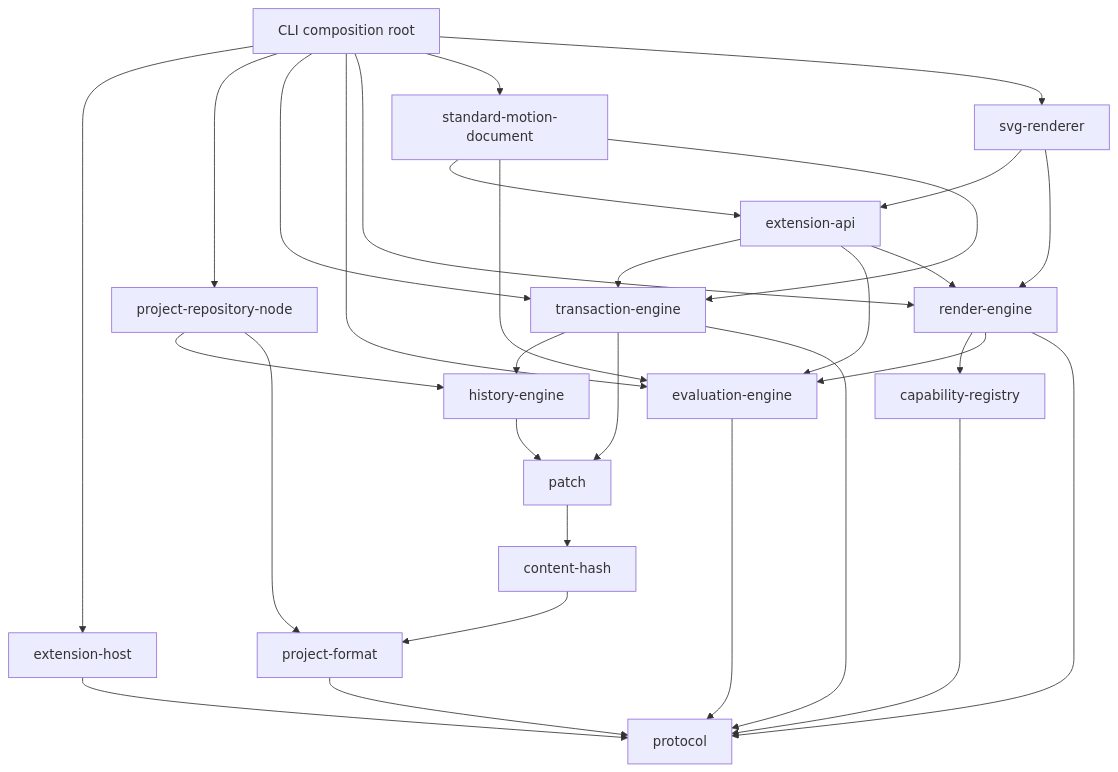
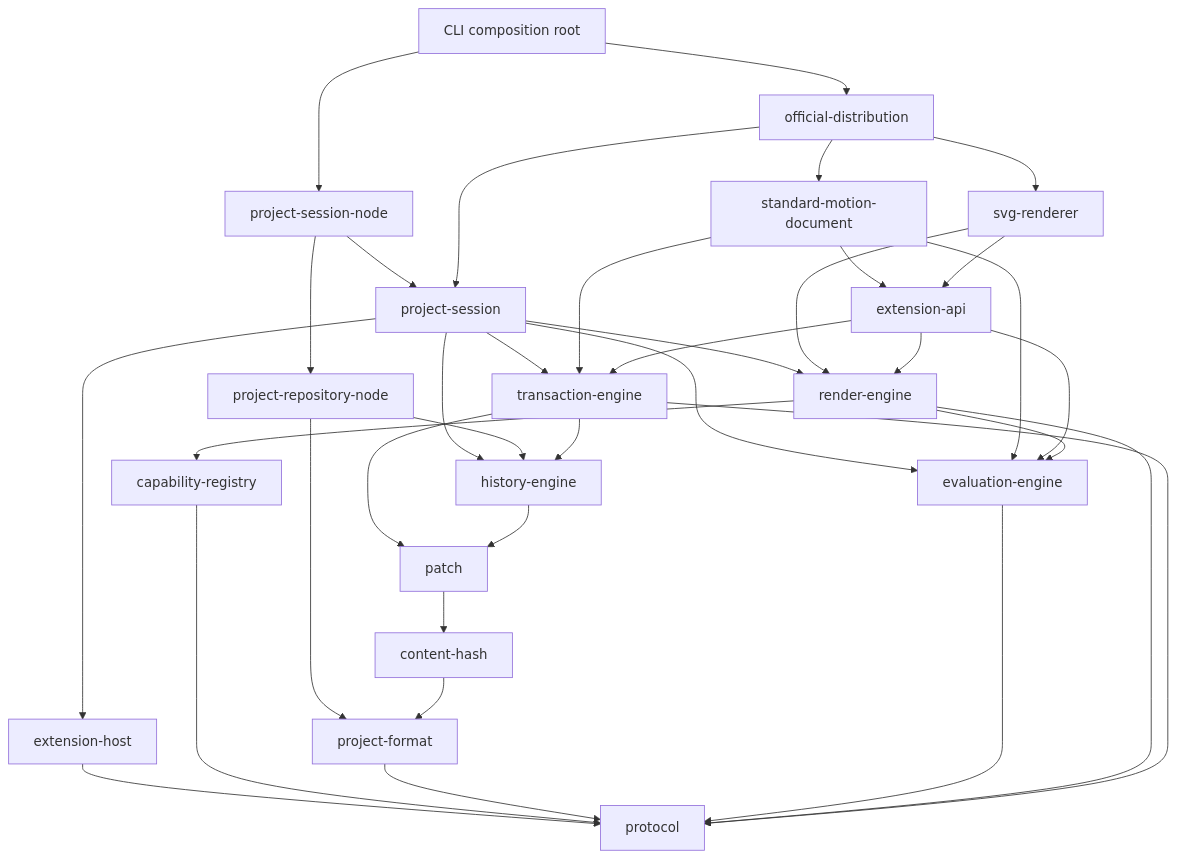
One commit to Youzini-afk/KineWeave changed the second of 2 diagrams in docs/architecture/foundation-blueprint.md. Above: the diagram before and after it, drawn with Mermaid. The commit also changed other lines of this file and 49 other files, not shown here.

````diff
--- a/docs/architecture/foundation-blueprint.md
+++ b/docs/architecture/foundation-blueprint.md
@@ -118,51 +118,59 @@
 ```mermaid
 flowchart TB
     CLI["CLI composition root"]
+    SESSIONNODE["project-session-node"]
+    SESSION["project-session"]
+    DIST["official-distribution"]
     STDM["standard-motion-document"]
     SVG["svg-renderer"]
     EXTAPI["extension-api"]
     EXTHOST["extension-host"]
     REPO["project-repository-node"]
     TX["transaction-engine"]
     HIST["history-engine"]
     PATCH["patch"]
     EVAL["evaluation-engine"]
     RENDER["render-engine"]
     CAP["capability-registry"]
     FORMAT["project-format"]
     HASH["content-hash"]
     PROTOCOL["protocol"]
 
-    CLI --> EXTHOST
-    CLI --> REPO
-    CLI --> TX
-    CLI --> EVAL
-    CLI --> RENDER
-    CLI --> STDM
-    CLI --> SVG
+    CLI --> SESSIONNODE
+    CLI --> DIST
+    SESSIONNODE --> SESSION
+    SESSIONNODE --> REPO
+    SESSION --> EXTHOST
+    SESSION --> TX
+    SESSION --> EVAL
+    SESSION --> RENDER
+    SESSION --> HIST
+    DIST --> STDM
+    DIST --> SVG
+    DIST --> SESSION
 
     STDM --> EXTAPI
     STDM --> EVAL
     STDM --> TX
     SVG --> EXTAPI
     SVG --> RENDER
     EXTAPI --> TX
     EXTAPI --> EVAL
     EXTAPI --> RENDER
     RENDER --> CAP
     RENDER --> EVAL
     REPO --> HIST
     REPO --> FORMAT
     TX --> HIST
     TX --> PATCH
     HIST --> PATCH
     PATCH --> HASH
     HASH --> FORMAT
 
     EXTHOST --> PROTOCOL
     CAP --> PROTOCOL
     FORMAT --> PROTOCOL
     EVAL --> PROTOCOL
     RENDER --> PROTOCOL
     TX --> PROTOCOL
 ```
````
